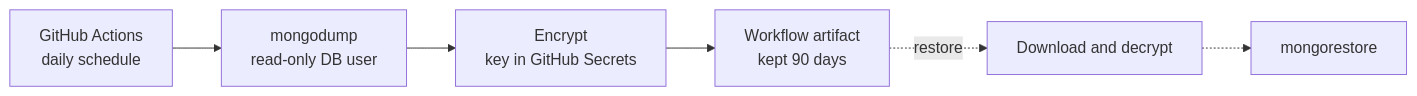
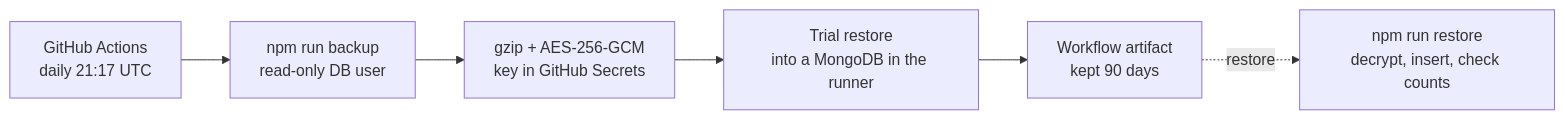
Diagram 14 of 14 in ARCHITECTURE.md (harikiranvusirikala/Family-Tree-with-AI), drawn with Mermaid before and after one commit. The commit also changed other lines of this file and 30 other files, not shown here.

````diff
--- a/ARCHITECTURE.md
+++ b/ARCHITECTURE.md
@@ -548,8 +552,8 @@
 ```mermaid
 flowchart LR
-    Cron["GitHub Actions<br/>daily schedule"] --> Dump["mongodump<br/>read-only DB user"]
-    Dump --> Enc["Encrypt<br/>key in GitHub Secrets"]
-    Enc --> Art["Workflow artifact<br/>kept 90 days"]
-    Art -.->|restore| Dec["Download and decrypt"]
-    Dec -.-> Restore["mongorestore"]
+    Cron["GitHub Actions<br/>daily 21:17 UTC"] --> Dump["npm run backup<br/>read-only DB user"]
+    Dump --> Enc["gzip + AES-256-GCM<br/>key in GitHub Secrets"]
+    Enc --> Check["Trial restore<br/>into a MongoDB in the runner"]
+    Check --> Art["Workflow artifact<br/>kept 90 days"]
+    Art -.->|restore| Restore["npm run restore<br/>decrypt, insert, check counts"]
 ```
````
